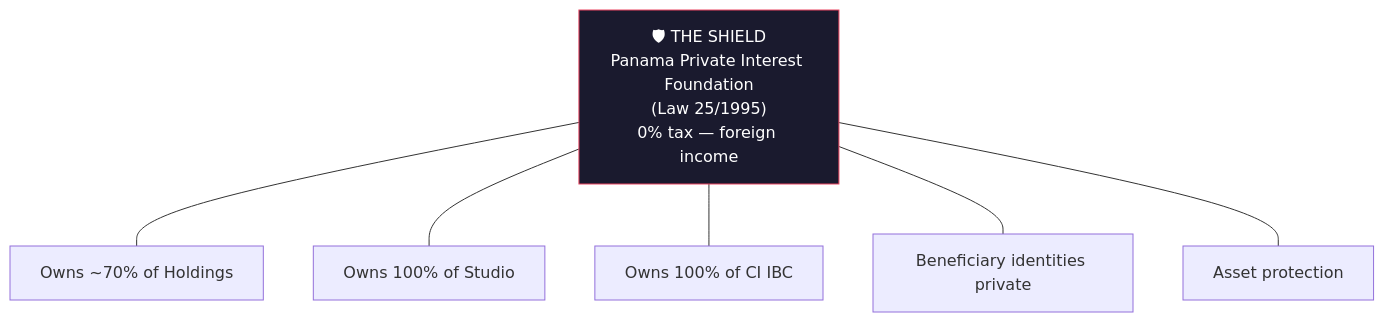
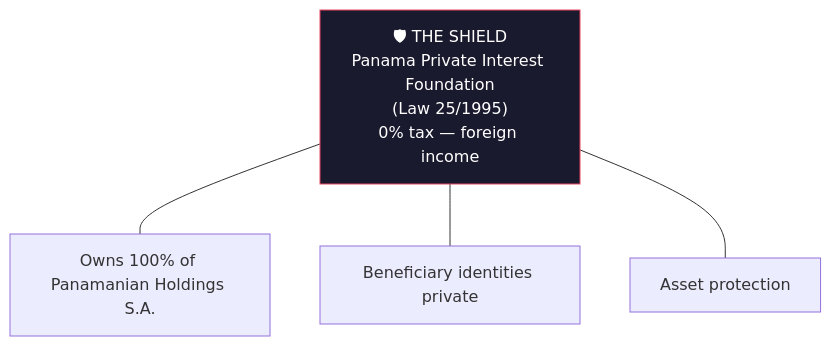
The fourth of 16 diagrams in docs/tax-structure/01-MASTER-STRUCTURE.md (Light-Brands/epic-center), drawn with Mermaid before and after one commit. The commit also changed other lines of this file and 9 other files, not shown here.

First line of the commit message:
Insert Panamanian Holdings S.A. between PIF and operating entities

````diff
--- a/docs/tax-structure/01-MASTER-STRUCTURE.md
+++ b/docs/tax-structure/01-MASTER-STRUCTURE.md
@@ -72,12 +72,10 @@
 ```mermaid
 graph TB
     SHIELD["🛡 THE SHIELD<br/>Panama Private Interest Foundation<br/>(Law 25/1995)<br/>0% tax — foreign income"]
 
-    SHIELD --- holds_te["Owns ~70% of Holdings"]
-    SHIELD --- holds_studio["Owns 100% of Studio"]
-    SHIELD --- holds_ci["Owns 100% of CI IBC"]
+    SHIELD --- holds_sa["Owns 100% of Panamanian Holdings S.A."]
     SHIELD --- privacy["Beneficiary identities private"]
     SHIELD --- protection["Asset protection"]
 
     style SHIELD fill:#1a1a2e,stroke:#e94560,color:#fff
 ```
````
